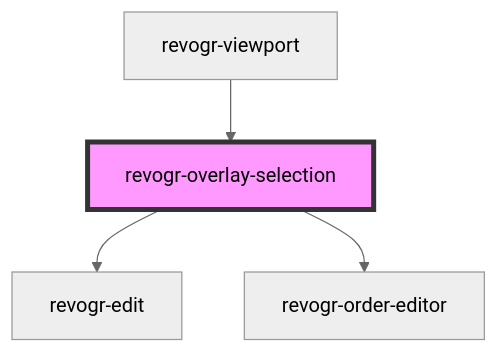
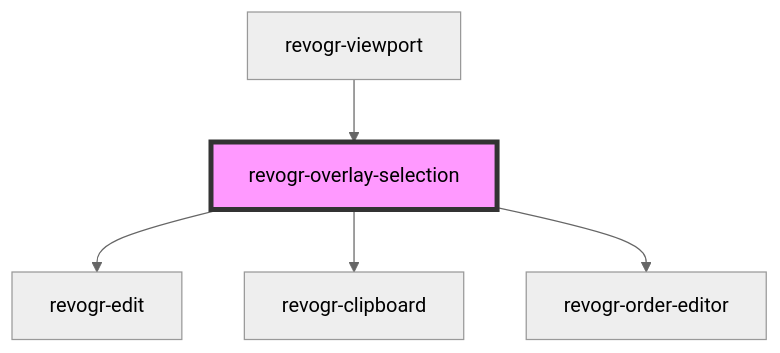
One commit to revolist/revogrid changed the diagram in src/components/overlay/readme.md. Above: the diagram before and after it, drawn with Mermaid (neutral theme). The commit also changed other lines of this file and 5 other files, not shown here.

````diff
--- a/src/components/overlay/readme.md
+++ b/src/components/overlay/readme.md
@@ -52,7 +53,8 @@
 ```mermaid
 graph TD;
   revogr-overlay-selection --> revogr-edit
+  revogr-overlay-selection --> revogr-clipboard
   revogr-overlay-selection --> revogr-order-editor
   revogr-viewport --> revogr-overlay-selection
   style revogr-overlay-selection fill:#f9f,stroke:#333,stroke-width:4px
 ```
````
